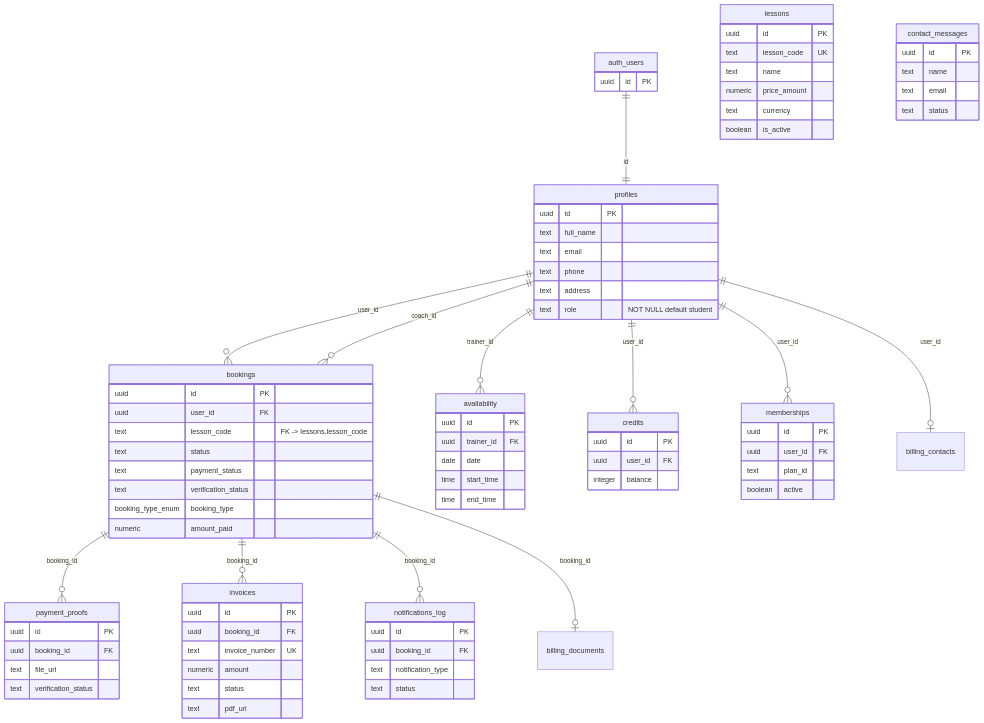
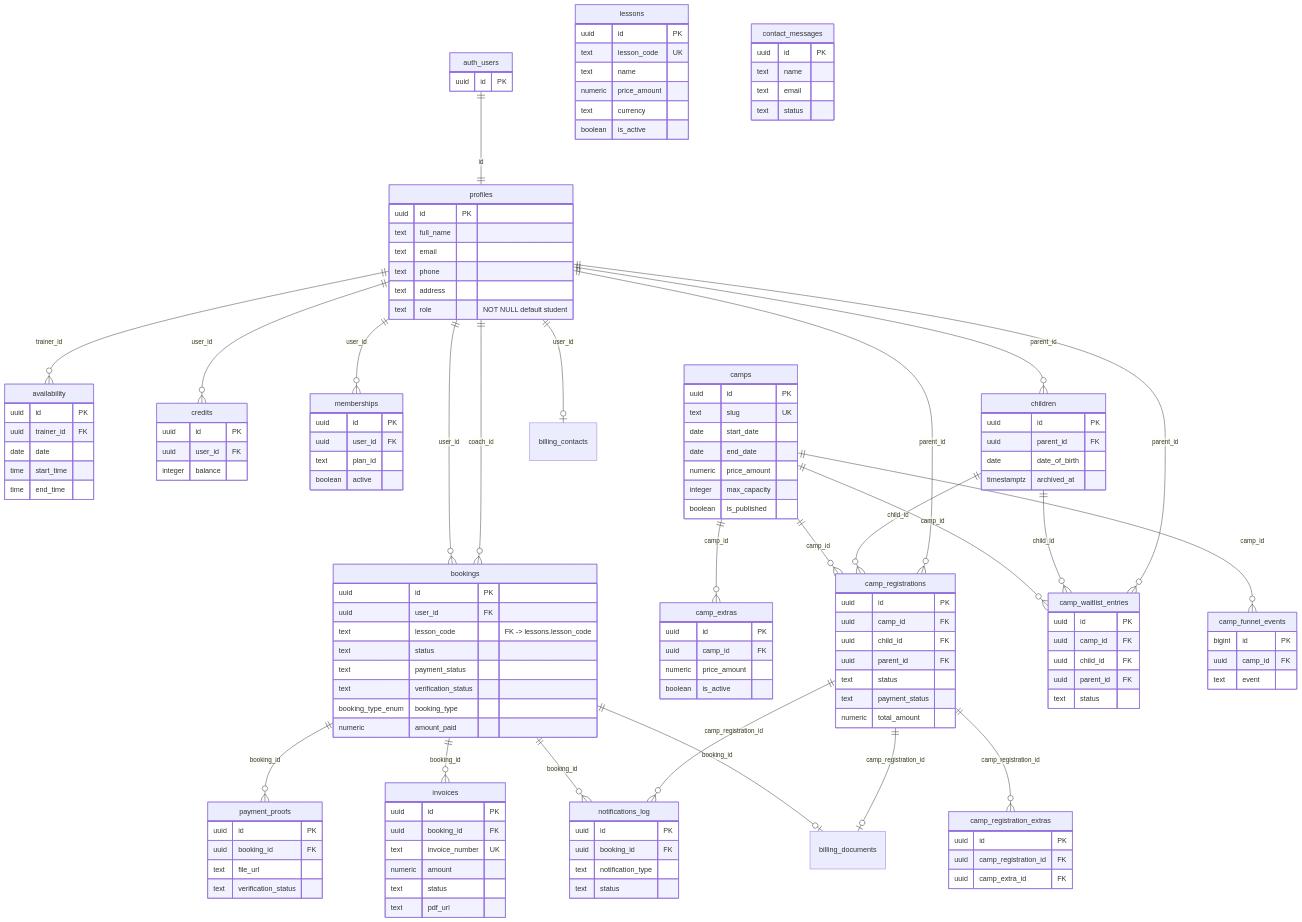
One commit to AGCPadelAcademy/web_application changed the diagram in specs/baseline-system/supabase-backend.md. Above: the diagram before and after it, drawn with Mermaid. The commit also changed other lines of this file, not shown here.

First line of the commit message:
docs(baseline): sync supabase-backend.md with live project (F1.25 camps)

````diff
--- a/specs/baseline-system/supabase-backend.md
+++ b/specs/baseline-system/supabase-backend.md
@@ -350,6 +376,53 @@
         text email
         text status
     }
+    camps {
+        uuid id PK
+        text slug UK
+        date start_date
+        date end_date
+        numeric price_amount
+        integer max_capacity
+        boolean is_published
+    }
+    camp_extras {
+        uuid id PK
+        uuid camp_id FK
+        numeric price_amount
+        boolean is_active
+    }
+    children {
+        uuid id PK
+        uuid parent_id FK
+        date date_of_birth
+        timestamptz archived_at
+    }
+    camp_registrations {
+        uuid id PK
+        uuid camp_id FK
+        uuid child_id FK
+        uuid parent_id FK
+        text status
+        text payment_status
+        numeric total_amount
+    }
+    camp_registration_extras {
+        uuid id PK
+        uuid camp_registration_id FK
+        uuid camp_extra_id FK
+    }
+    camp_waitlist_entries {
+        uuid id PK
+        uuid camp_id FK
+        uuid child_id FK
+        uuid parent_id FK
+        text status
+    }
+    camp_funnel_events {
+        bigint id PK
+        uuid camp_id FK
+        text event
+    }
 
     auth_users ||--|| profiles : "id"
     profiles ||--o{ bookings : "user_id"
@@ -362,4 +435,16 @@
     bookings ||--o{ notifications_log : "booking_id"
     bookings ||--o| billing_documents : "booking_id"
     profiles ||--o| billing_contacts : "user_id"
+    profiles ||--o{ children : "parent_id"
+    camps ||--o{ camp_extras : "camp_id"
+    camps ||--o{ camp_registrations : "camp_id"
+    camps ||--o{ camp_waitlist_entries : "camp_id"
+    camps ||--o{ camp_funnel_events : "camp_id"
+    children ||--o{ camp_registrations : "child_id"
+    children ||--o{ camp_waitlist_entries : "child_id"
+    profiles ||--o{ camp_registrations : "parent_id"
+    profiles ||--o{ camp_waitlist_entries : "parent_id"
+    camp_registrations ||--o{ camp_registration_extras : "camp_registration_id"
+    camp_registrations ||--o| billing_documents : "camp_registration_id"
+    camp_registrations ||--o{ notifications_log : "camp_registration_id"
 ```
````
